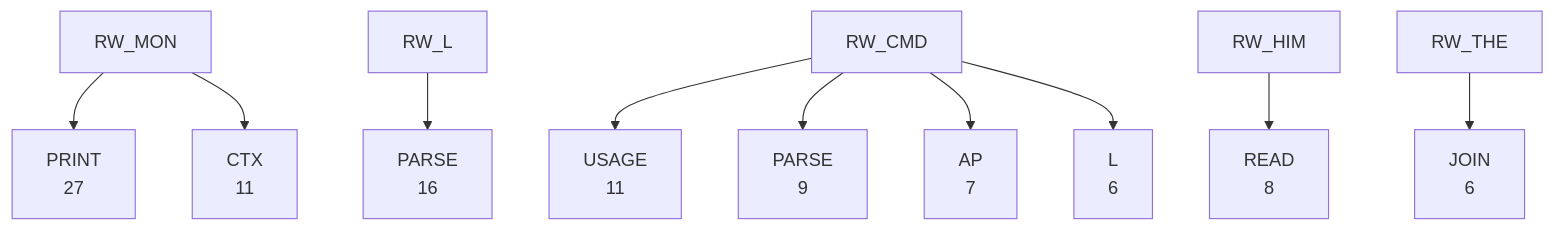
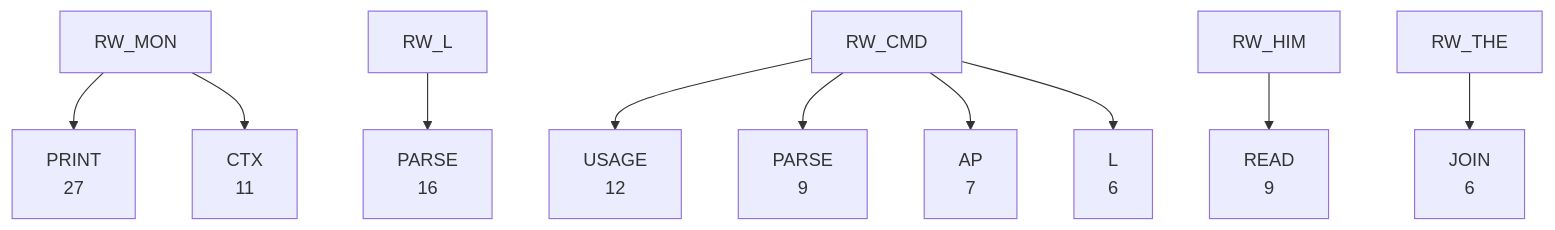
The third of 7 diagrams in DOC/GENERATED/ROUTINE_WORD_TREE.md (95westus/R-YORS), drawn with Mermaid before and after one commit. The commit also changed other lines of this file and 25 other files, not shown here.

````diff
--- a/DOC/GENERATED/ROUTINE_WORD_TREE.md
+++ b/DOC/GENERATED/ROUTINE_WORD_TREE.md
@@ -46,12 +46,12 @@
 ```mermaid
 flowchart TD
     RW_MON --> RW_MON_PRINT["PRINT<br/>27"]
     RW_L --> RW_L_PARSE["PARSE<br/>16"]
-    RW_CMD --> RW_CMD_USAGE["USAGE<br/>11"]
+    RW_CMD --> RW_CMD_USAGE["USAGE<br/>12"]
     RW_MON --> RW_MON_CTX["CTX<br/>11"]
     RW_CMD --> RW_CMD_PARSE["PARSE<br/>9"]
-    RW_HIM --> RW_HIM_READ["READ<br/>8"]
+    RW_HIM --> RW_HIM_READ["READ<br/>9"]
     RW_CMD --> RW_CMD_AP["AP<br/>7"]
     RW_CMD --> RW_CMD_L["L<br/>6"]
     RW_THE --> RW_THE_JOIN["JOIN<br/>6"]
 ```
````
